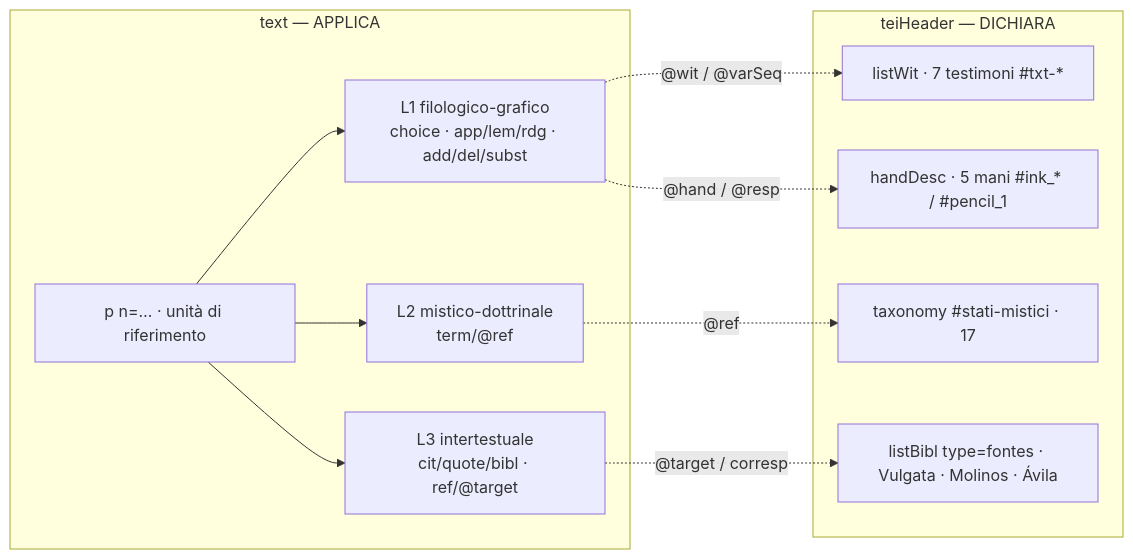
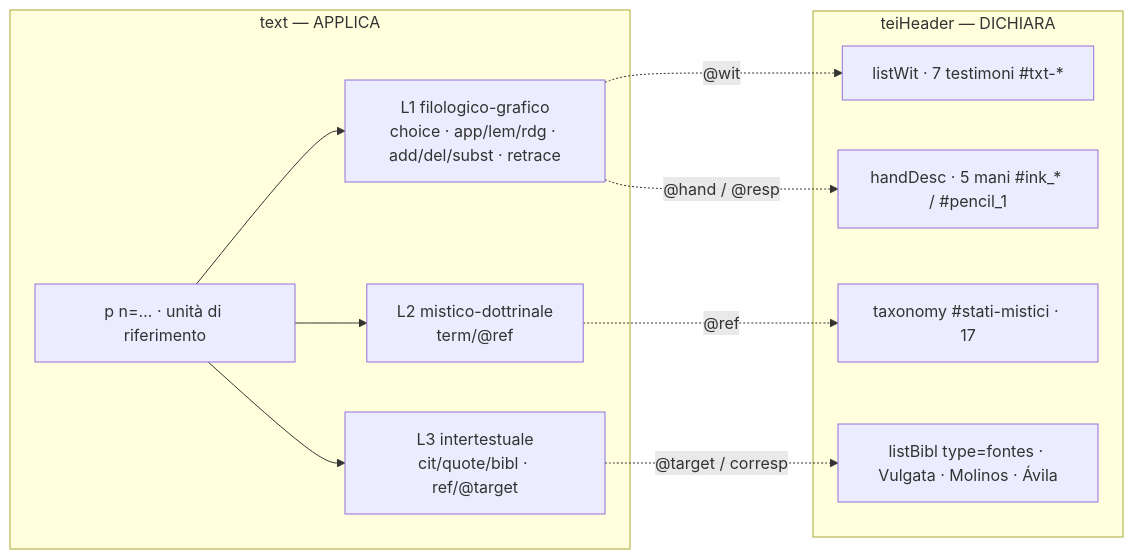
One commit to luciano-longo77/castello-dell-anima-edizione changed the diagram in tei-model/README.md. Above: the diagram before and after it, drawn with Mermaid. The commit also changed other lines of this file, not shown here.

````diff
--- a/tei-model/README.md
+++ b/tei-model/README.md
@@ -31,24 +31,24 @@
 ```mermaid
 graph LR
   subgraph H["teiHeader — DICHIARA"]
     LW["listWit · 7 testimoni #txt-*"]
     HD["handDesc · 5 mani #ink_* / #pencil_1"]
     TX["taxonomy #stati-mistici · 17"]
     FB["listBibl type=fontes · Vulgata · Molinos · Ávila"]
   end
 
   subgraph T["text — APPLICA"]
     P["p n=… · unità di riferimento"]
-    L1["L1 filologico-grafico<br/>choice · app/lem/rdg · add/del/subst"]
+    L1["L1 filologico-grafico<br/>choice · app/lem/rdg · add/del/subst · retrace"]
     L2["L2 mistico-dottrinale<br/>term/@ref"]
     L3["L3 intertestuale<br/>cit/quote/bibl · ref/@target"]
     P --> L1
     P --> L2
     P --> L3
   end
 
-  L1 -. "@wit / @varSeq" .-> LW
+  L1 -. "@wit" .-> LW
   L1 -. "@hand / @resp" .-> HD
   L2 -. "@ref" .-> TX
   L3 -. "@target / corresp" .-> FB
 ```
````
